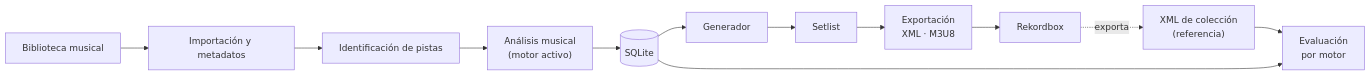
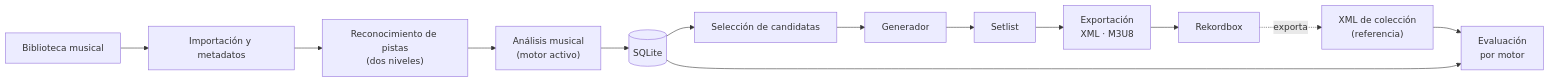
The third of 3 diagrams in docs/architecture/README.md (pabloo806/Trabajo-de-Fin-de-Grado), drawn with Mermaid before and after one commit. The commit also changed other lines of this file and 28 other files, not shown here.

Commit message:
refactor(architecture): adopt src layout (ADR-008) and add data-model master index

````diff
--- a/docs/architecture/README.md
+++ b/docs/architecture/README.md
@@ -186,38 +167,15 @@
 ```mermaid
 flowchart LR
-
-    AUDIO["Biblioteca musical"]
-
-    IMPORT["Importación y metadatos"]
-
-    IDENT["Identificación de pistas"]
-
-    ANALYSIS["Análisis musical<br/>(motor activo)"]
-
-    DB[("SQLite")]
-
-    GEN["Generador"]
-
-    SETLIST["Setlist"]
-
-    EXPORT["Exportación<br/>XML · M3U8"]
-
-    RB["Rekordbox"]
-
-    REF["XML de colección<br/>(referencia)"]
-
-    EVAL["Evaluación<br/>por motor"]
-
-    AUDIO --> IMPORT
-    IMPORT --> IDENT
-    IDENT --> ANALYSIS
-    ANALYSIS --> DB
-    DB --> GEN
-    GEN --> SETLIST
-    SETLIST --> EXPORT
-    EXPORT --> RB
-
-    RB -.exporta.-> REF
-    REF --> EVAL
+    AUDIO["Biblioteca musical"] --> IMPORT["Importación y metadatos"]
+    IMPORT --> IDENT["Reconocimiento de pistas<br/>(dos niveles)"]
+    IDENT --> ANALYSIS["Análisis musical<br/>(motor activo)"]
+    ANALYSIS --> DB[("SQLite")]
+    DB --> CAND["Selección de candidatas"]
+    CAND --> GEN["Generador"]
+    GEN --> SETLIST["Setlist"]
+    SETLIST --> EXPORT["Exportación<br/>XML · M3U8"]
+    EXPORT --> RB["Rekordbox"]
+    RB -.exporta.-> REF["XML de colección<br/>(referencia)"]
+    REF --> EVAL["Evaluación<br/>por motor"]
     DB --> EVAL
 ```
````
